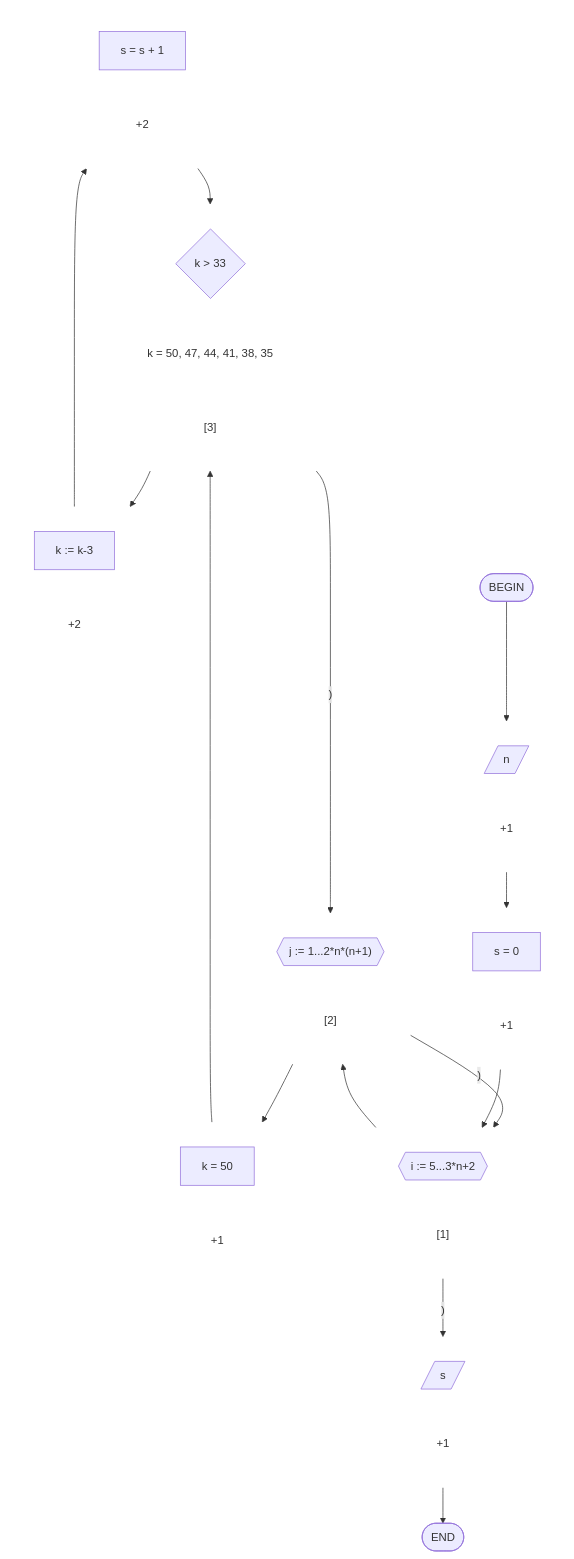
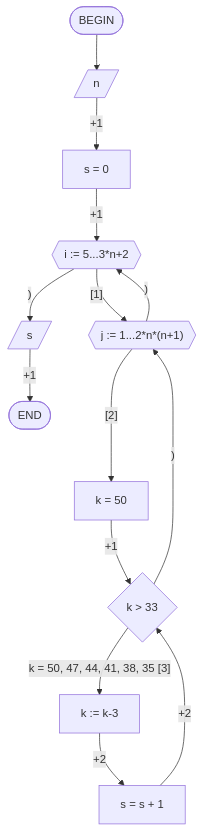
The diagram in src/Labs/Cpp/docs/task_1.md (PastMaster1/algorithms-data-structures-and-data-models), drawn with Mermaid before and after one commit.

Commit message:
fix: improve structure of graph in Labs/Cpp/docs/task_1.md
Remove subgraph.

````diff
--- a/src/Labs/Cpp/docs/task_1.md
+++ b/src/Labs/Cpp/docs/task_1.md
@@ -4,65 +4,16 @@
 ```mermaid
 graph TD
 	START(["BEGIN"]) --> A
-	A[/"n"/] --> B["s = 0"]
-	B --> C{{"i := 5...3*n+2"}}
-	C --> D{{"j := 1...2*n*(n+1)"}}
-	D --> E["k = 50"]
-	E --> F{"k > 33"}
-	F --> G["k := k-3"]
-	G --> H["s = s + 1"]
-	H --> F
+	A[/"n"/] --"+1"--> B["s = 0"]
+	B --"+1"--> C{{"i := 5...3*n+2"}}
+	C --"[1]"--> D{{"j := 1...2*n*(n+1)"}}
+	D --"[2]"--> E["k = 50"]
+	E --"+1"--> F{"k > 33"}
+	F --"k = 50, 47, 44, 41, 38, 35		[3]"--> G["k := k-3"]
+	G --"+2"--> H["s = s + 1"]
+	H --"+2"--> F
 	F ---->|")"| D
 	D -->|")"| C
 	C -->|")"| I[/"s"/]
-	I --> END(["END"])
-	subgraph GroupA [" "]
-		direction LR
-		A
-		FormA["+1"]
-	end
-	subgraph GroupB [" "]
-		direction LR
-		B
-		FormB["+1"]
-	end
-	subgraph GroupC [" "]
-		direction LR
-		C
-		FormC["[1]"]
-	end
-	subgraph GroupD [" "]
-		direction LR
-		D
-		FormD["[2]"]
-	end
-	subgraph GroupE [" "]
-		direction LR
-		E
-		FormE["+1"]
-	end
-	subgraph GroupF [" "]
-		direction LR
-		F
-		FormF1["k = 50, 47, 44, 41, 38, 35"]
-		FormF2["[3]"]
-	end
-	subgraph GroupG [" "]
-		direction LR
-		G
-		FormG["+2"]
-	end
-	subgraph GroupH [" "]
-		direction LR
-		H
-		FormH["+2"]
-	end
-	subgraph GroupI [" "]
-		direction LR
-		I
-		FormI["+1"]
-	end
-	classDef transparent fill:none, stroke:none;
-	class GroupA,GroupB,GroupC,GroupD,GroupE,GroupF,GroupG,GroupH,GroupI transparent;
-	class FormA,FormB,FormC,FormD,FormE,FormF1,FormF2,FormG,FormH,FormI transparent;
+	I --"+1"--> END(["END"])
 ```
````
